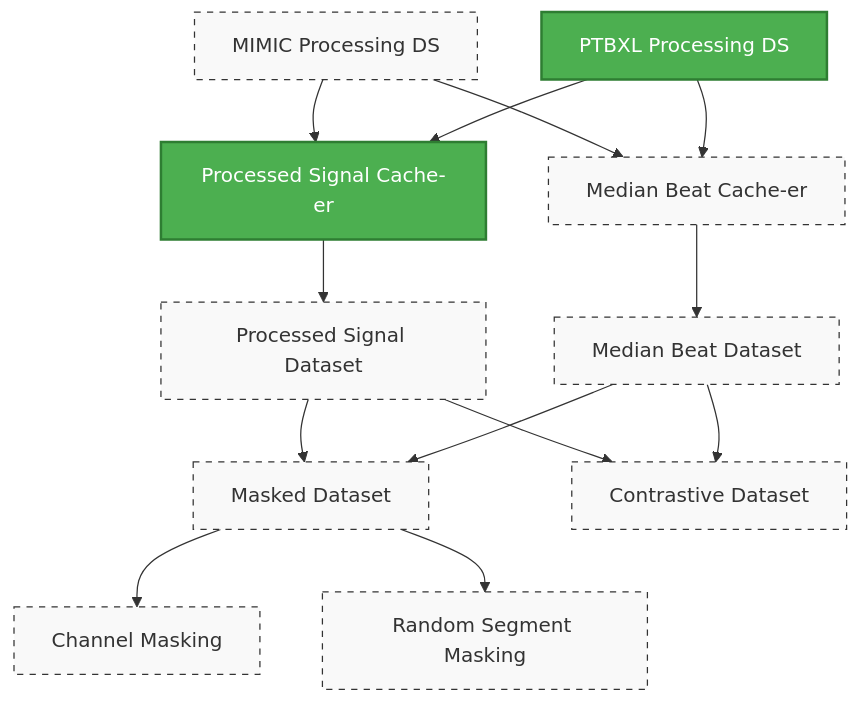
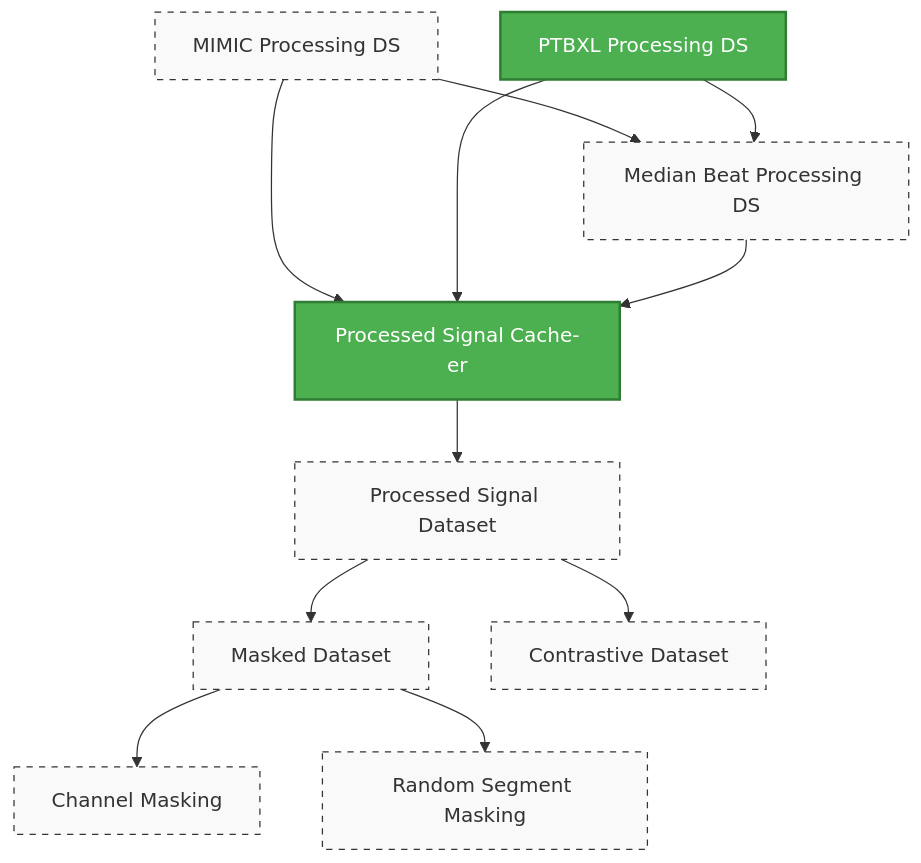
One commit to isears/ekg-data changed the diagram in ROADMAP.md. Above: the diagram before and after it, drawn with Mermaid. The commit also changed 2 other files, not shown here.

Commit message:
Post processing checks

````diff
--- a/ROADMAP.md
+++ b/ROADMAP.md
@@ -4,33 +4,30 @@
 ```mermaid
 graph TD
   %% Define Styles
   classDef complete fill:#4CAF50,stroke:#2E7D32,stroke-width:2px,color:#fff;
   classDef incomplete fill:#f9f9f9,stroke:#333,stroke-dasharray: 5 5;
 
   %% Nodes
   A[MIMIC Processing DS]:::incomplete
   B[PTBXL Processing DS]:::complete
   C[Processed Signal Cache-er]:::complete
   D[Processed Signal Dataset]:::incomplete
-  E[Median Beat Cache-er]:::incomplete
-  F[Median Beat Dataset]:::incomplete
+  E[Median Beat Processing DS]:::incomplete
   G[Masked Dataset]:::incomplete
   H[Channel Masking]:::incomplete
   I[Random Segment Masking]:::incomplete
   J[Contrastive Dataset]:::incomplete
 
   A --> C
   B --> C
-  C --> D
   A --> E
   B --> E
-  E --> F
+  E --> C
+  C --> D
   D --> G
-  F --> G
   G --> H
   G --> I
   D --> J
-  F --> J
 
 
 ```
````
